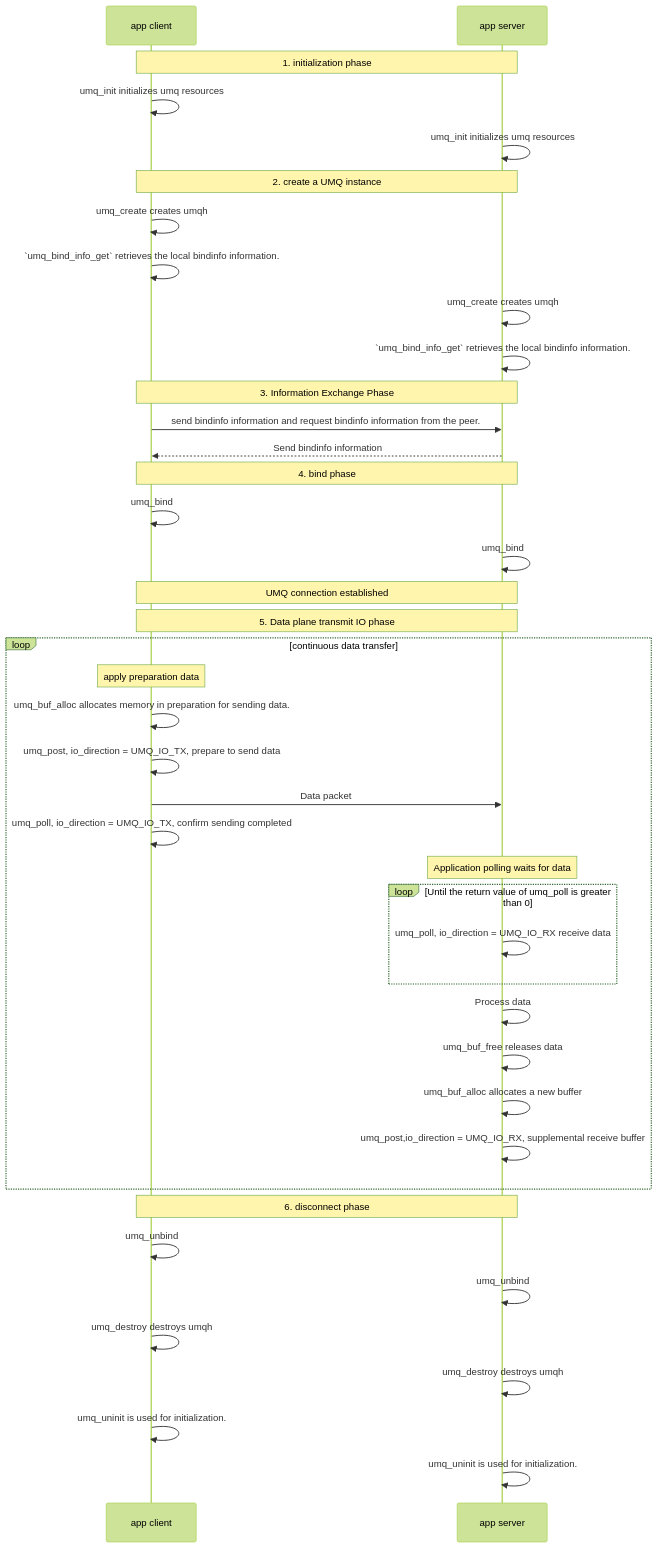
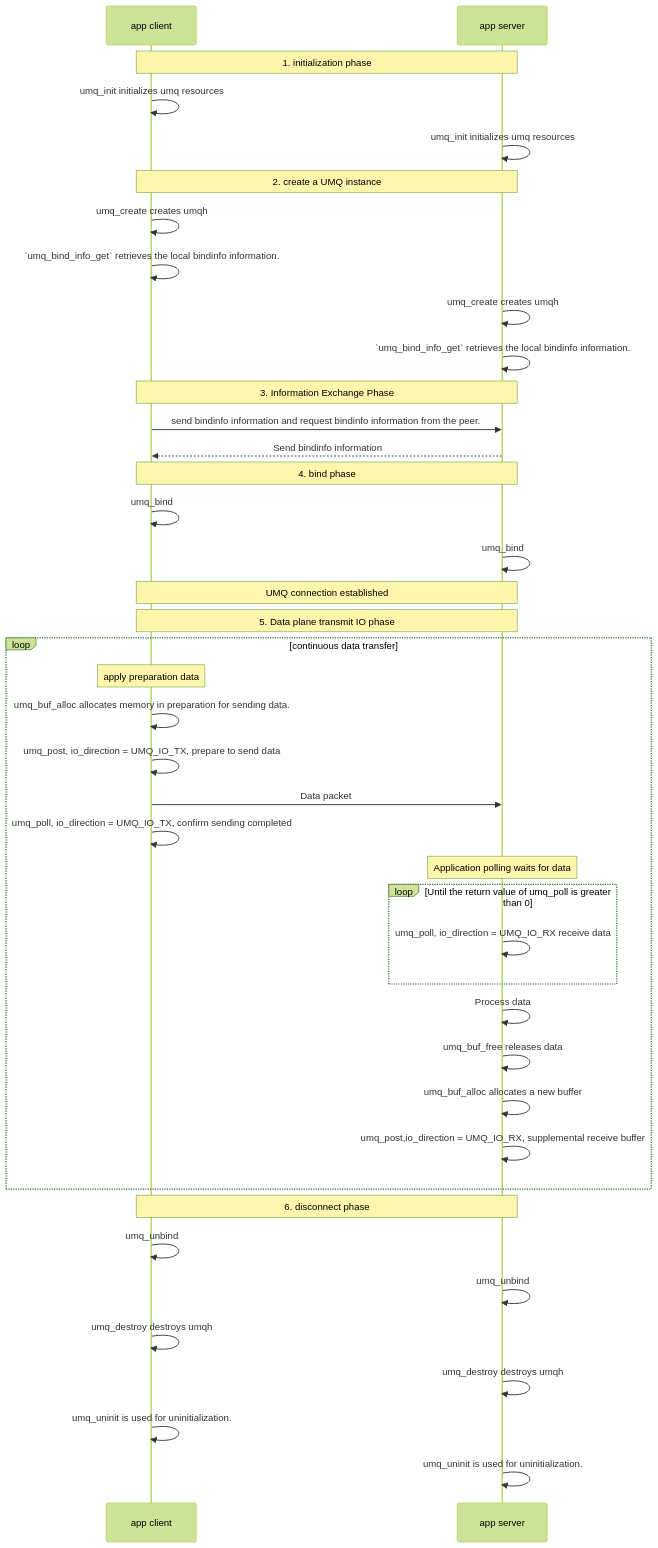
The diagram in doc/en/urpc/UMQ IO.md (Kring-lll/umdk_Original), drawn with Mermaid (forest theme) before and after one commit. The commit also changed 7 other files, not shown here.

````diff
--- a/doc/en/urpc/UMQ IO.md
+++ b/doc/en/urpc/UMQ IO.md
@@ -13,53 +13,53 @@
 ```mermaid
 %% Example of a timing diagram, -> straight line, --> dashed line, ->-> solid arrow
 sequenceDiagram
     participant Client as app client
     participant Server as app server
 
     Note over Client,Server: 1. initialization phase
     Client->>Client: umq_init initializes umq resources
     Server->>Server: umq_init initializes umq resources
 
     Note over Client,Server: 2. create a UMQ instance
     Client->>Client: umq_create creates umqh
     Client->>Client: `umq_bind_info_get` retrieves the local bindinfo information.
     Server->>Server: umq_create creates umqh
     Server->>Server: `umq_bind_info_get` retrieves the local bindinfo information.
 
     Note over Client,Server: 3. Information Exchange Phase
     Client->>Server: send bindinfo information and request bindinfo information from the peer.
     Server-->>Client: Send bindinfo information
 
     Note over Client,Server: 4. bind phase
     Client->>Client: umq_bind
     Server->>Server: umq_bind
 
     Note over Client,Server: UMQ connection established
 
     Note over Client,Server: 5. Data plane transmit IO phase
 
     loop continuous data transfer
         Note over Client: apply preparation data
         Client->>Client: umq_buf_alloc allocates memory in preparation for sending data.
         Client->>Client: umq_post, io_direction = UMQ_IO_TX, prepare to send data
         Client->>Server: Data packet
         Client->>Client: umq_poll, io_direction = UMQ_IO_TX, confirm sending completed
 
         Note over Server: Application polling waits for data
         loop Until the return value of umq_poll is greater than 0
             Server->>Server: umq_poll, io_direction = UMQ_IO_RX receive data
         end
         Server->>Server: Process data
         Server->>Server: umq_buf_free releases data
         Server->>Server: umq_buf_alloc allocates a new buffer
         Server->>Server: umq_post,io_direction = UMQ_IO_RX, supplemental receive buffer
     end
 
     Note over Client,Server: 6. disconnect phase
     Client->>Client: umq_unbind
     Server->>Server: umq_unbind
     Client->>Client: umq_destroy destroys umqh
     Server->>Server: umq_destroy destroys umqh
-    Client->>Client: umq_uninit is used for initialization.
-    Server->>Server: umq_uninit is used for initialization.
+    Client->>Client: umq_uninit is used for uninitialization.
+    Server->>Server: umq_uninit is used for uninitialization.
 ```
````
